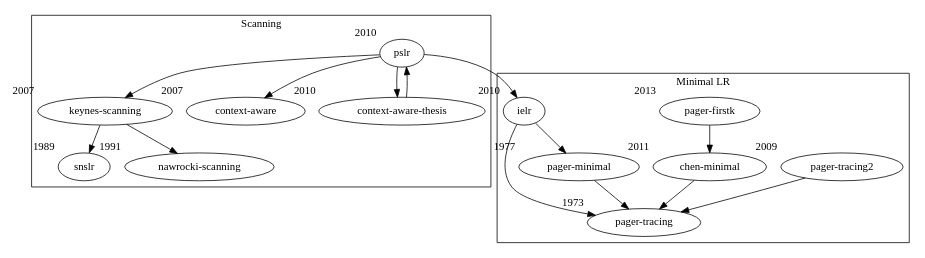
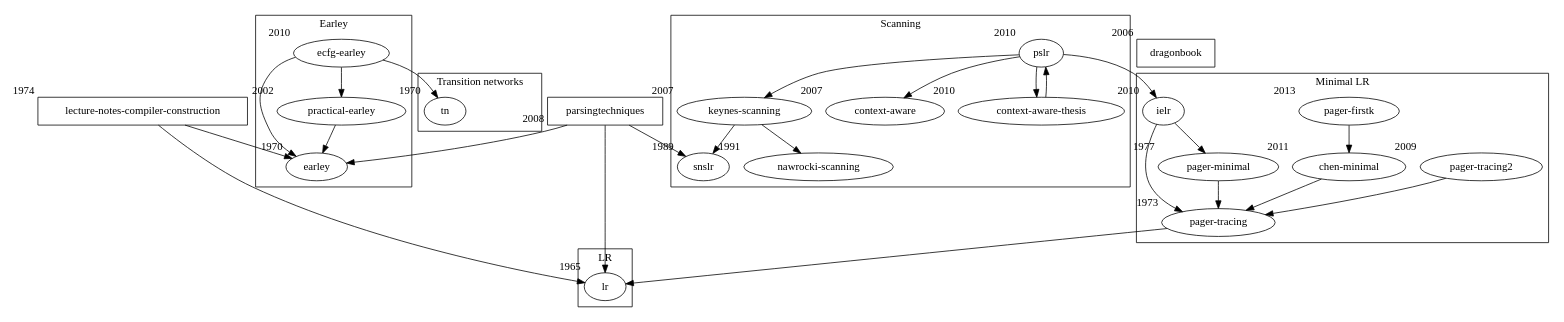
Before and after one commit to brokenpylons/bibliography: the diagram in graph.dot, drawn with Graphviz. The commit also changed 2 other files, not shown here.

```diff
--- a/graph.dot
+++ b/graph.dot
@@ -1,43 +1,76 @@
 digraph biblography {
-    subgraph cluster_0 {
+
+    subgraph cluster_lr {
+        label = "LR"
+            "lr"[xlabel=1965]
+    }
+
+    subgraph cluster_tn {
+        label = "Transition networks"
+            "tn"[xlabel=1970]
+    }
+
+    subgraph cluster_earley {
+        label = "Earley"
+            "earley"[xlabel=1970]
+            "practical-earley"[xlabel=2002]
+            "ecfg-earley"[xlabel=2010]
+
+            "practical-earley" -> "earley"
+            "ecfg-earley" -> "earley"
+            "ecfg-earley" -> "tn"
+            "ecfg-earley" -> "practical-earley"
+    }
+
+    "lecture-notes-compiler-construction"[xlabel=1974, shape=box]
+    "lecture-notes-compiler-construction" -> "lr"
+    "lecture-notes-compiler-construction" -> "earley"
+    "parsingtechniques"[xlabel=2008,shape=box]
+    "parsingtechniques" -> "lr"
+    "parsingtechniques" -> "earley"
+    "parsingtechniques" -> "snslr"
+    "dragonbook"[xlabel=2006,shape=box]
+
+    subgraph cluster_minimal_lr {
         label = "Minimal LR"
 
         "pager-tracing"[xlabel=1973]
         "pager-minimal"[xlabel=1977]
         "pager-tracing2"[xlabel=2009]
         "chen-minimal"[xlabel=2011]
         "pager-firstk"[xlabel=2013]
         "ielr"[xlabel=2010]
 
+        "pager-tracing" -> "lr"
         "pager-minimal" -> "pager-tracing" 
         "pager-tracing2" -> "pager-tracing"
         "chen-minimal" -> "pager-tracing"
         "pager-firstk" -> "chen-minimal"
         "ielr" -> "pager-tracing"
         "ielr" -> "pager-minimal"
     }
 
-    subgraph cluster_1 {
+    subgraph cluster_scanning {
         label = "Scanning"
 
         "snslr"[xlabel=1989]
         "nawrocki-scanning"[xlabel=1991]
         "keynes-scanning"[xlabel=2007]
         "pslr"[xlabel=2010]
         "context-aware"[xlabel=2007]
         "context-aware-thesis"[xlabel=2010]
 
         "keynes-scanning" -> "nawrocki-scanning" 
         "keynes-scanning" -> "snslr"
         "pslr" -> "ielr"
         "pslr" -> "keynes-scanning"
         "pslr" -> "context-aware"
         "pslr" -> "context-aware-thesis"
         "context-aware-thesis" -> "pslr"
     }
 
 
 
 
 
 }
```
